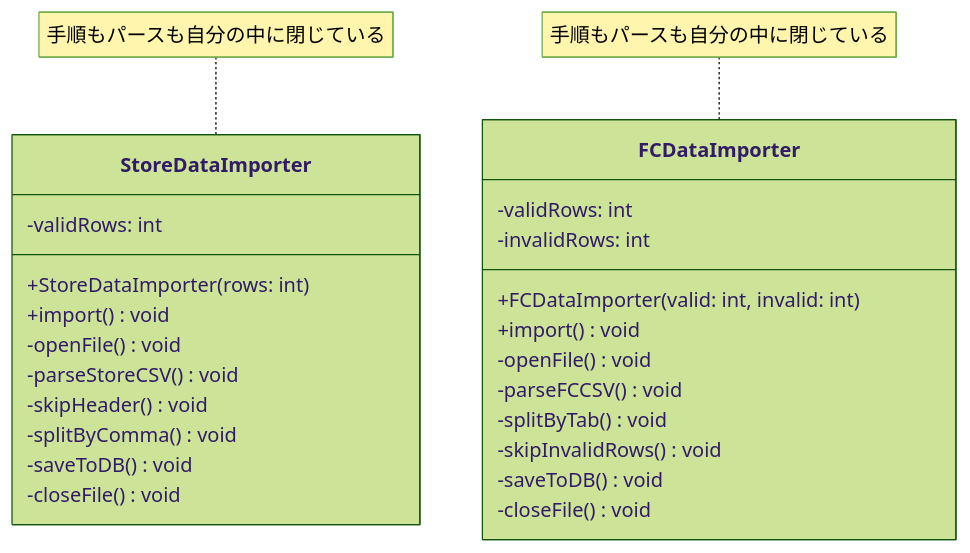
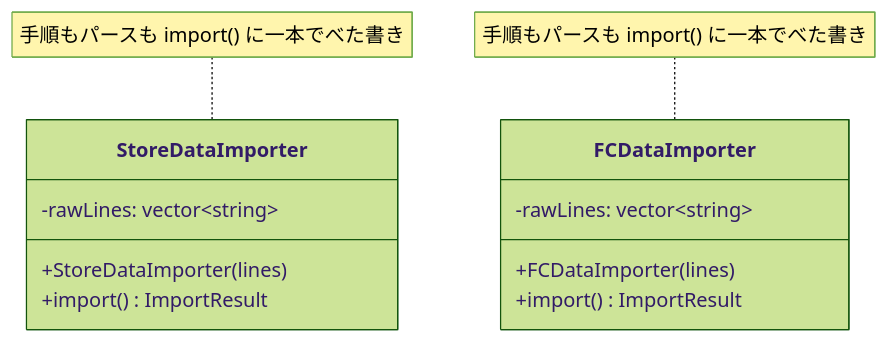
One commit to kumachan1101-pixel/DesignPattern changed the second of 9 diagrams in kindle/design-patterns/output/chapter04.md. Above: the diagram before and after it, drawn with Mermaid (forest theme). The commit also changed other lines of this file, not shown here.

````diff
--- a/kindle/design-patterns/output/chapter04.md
+++ b/kindle/design-patterns/output/chapter04.md
@@ -171,29 +171,16 @@
 ```mermaid
 classDiagram
     class StoreDataImporter {
-        -validRows: int
-        +StoreDataImporter(rows: int)
-        +import() void
-        -openFile() void
-        -parseStoreCSV() void
-        -skipHeader() void
-        -splitByComma() void
-        -saveToDB() void
-        -closeFile() void
+        -rawLines: vector~string~
+        +StoreDataImporter(lines)
+        +import() ImportResult
     }
     class FCDataImporter {
-        -validRows: int
-        -invalidRows: int
-        +FCDataImporter(valid: int, invalid: int)
-        +import() void
-        -openFile() void
-        -parseFCCSV() void
-        -splitByTab() void
-        -skipInvalidRows() void
-        -saveToDB() void
-        -closeFile() void
+        -rawLines: vector~string~
+        +FCDataImporter(lines)
+        +import() ImportResult
     }
-    note for StoreDataImporter "手順もパースも自分の中に閉じている"
-    note for FCDataImporter "手順もパースも自分の中に閉じている"
+    note for StoreDataImporter "手順もパースも import() に一本でべた書き"
+    note for FCDataImporter "手順もパースも import() に一本でべた書き"
 
 ```
````
